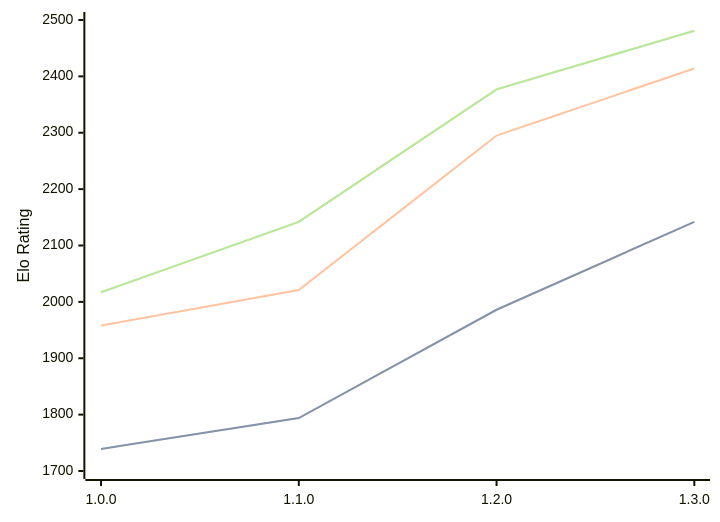
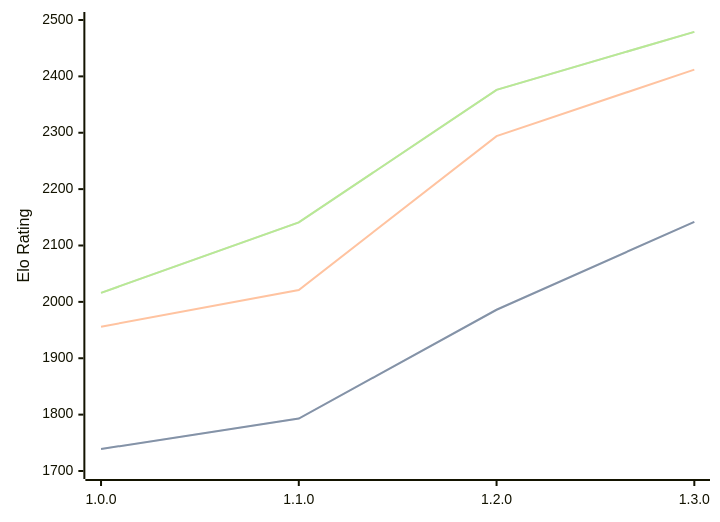
Before and after one commit to computer-chess-index/cci: the diagram in engines/Anodos.md, drawn with Mermaid. The commit also changed other lines of this file, not shown here.

Commit message:
Update CCI Ratings (ELO VLTC) - 2026-08-12

````diff
--- a/engines/Anodos.md
+++ b/engines/Anodos.md
@@ -34,11 +34,11 @@
 ```mermaid
 %%{init: {"theme":"base","themeVariables":{"seriesColors:['#a3a3a3','#222221','#faa371']}}}%%
 xychart-beta
   x-axis ["1.0.0", "1.1.0", "1.2.0", "1.3.0"]
   y-axis "Elo Rating" 1700 --> 2500
-  line "STC (8.0+0.08s)" [1739, 1794, 1986, 2142]
-  line "STC (8.0+0.08s)" [1739, 1794, 1986, 2142]
-  line "LTC (60.0+0.60s)" [1958, 2021, 2295, 2414]
-  line "VLTC (2m24s+1.12s)" [2017, 2142, 2377, 2481]
-  line "VLTC (2m24s+1.12s)" [2017, 2142, 2377, 2481]
+  line "STC (8.0+0.08s)" [1739, 1793, 1986, 2142]
+  line "STC (8.0+0.08s)" [1739, 1793, 1986, 2142]
+  line "LTC (60.0+0.60s)" [1956, 2021, 2294, 2412]
+  line "VLTC (2m24s+1.12s)" [2016, 2141, 2376, 2479]
+  line "VLTC (2m24s+1.12s)" [2016, 2141, 2376, 2479]
 ```
````
